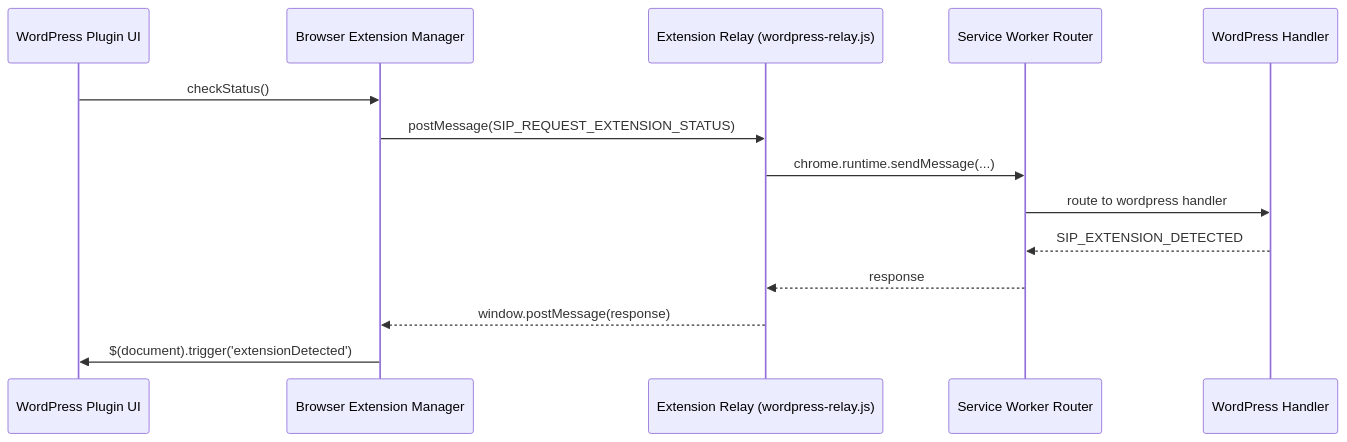
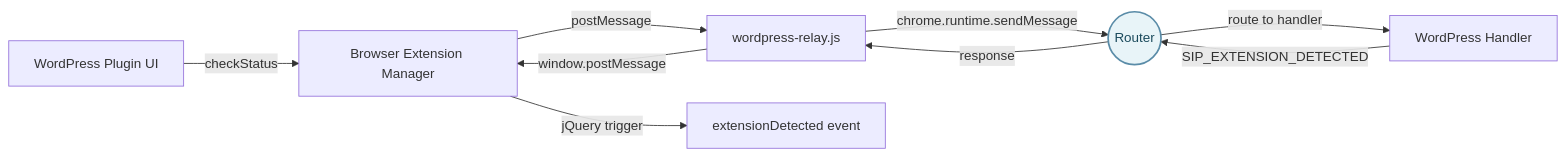
The sixth of 8 diagrams in guidelines/sip-printify-manager-extension-guidelines-v2.md (tdemelle-SiP/.claude), drawn with Mermaid before and after one commit. The commit also changed other lines of this file, not shown here.

````diff
--- a/guidelines/sip-printify-manager-extension-guidelines-v2.md
+++ b/guidelines/sip-printify-manager-extension-guidelines-v2.md
@@ -228,17 +367,13 @@
 ```mermaid
-sequenceDiagram
-    participant WP as WordPress Plugin UI
-    participant BEM as Browser Extension Manager
-    participant Relay as Extension Relay (wordpress-relay.js)
-    participant Router as Service Worker Router
-    participant Handler as WordPress Handler
-
-    WP->>BEM: checkStatus()
-    BEM->>Relay: postMessage(SIP_REQUEST_EXTENSION_STATUS)
-    Relay->>Router: chrome.runtime.sendMessage(...)
-    Router->>Handler: route to wordpress handler
-    Handler-->>Router: SIP_EXTENSION_DETECTED
-    Router-->>Relay: response
-    Relay-->>BEM: window.postMessage(response)
-    BEM->>WP: $(document).trigger('extensionDetected')
+graph LR
+    WP[WordPress Plugin UI] -->|checkStatus| BEM[Browser Extension Manager]
+    BEM -->|postMessage| Relay[wordpress-relay.js]
+    Relay -->|chrome.runtime.sendMessage| Router((Router))
+    Router -->|route to handler| Handler[WordPress Handler]
+    Handler -->|SIP_EXTENSION_DETECTED| Router
+    Router -->|response| Relay
+    Relay -->|window.postMessage| BEM
+    BEM -->|jQuery trigger| Event[extensionDetected event]
+    
+    style Router fill:#e8f4f8,stroke:#5a8ca8,stroke-width:2px,color:#1a4a5c
 ```
````
